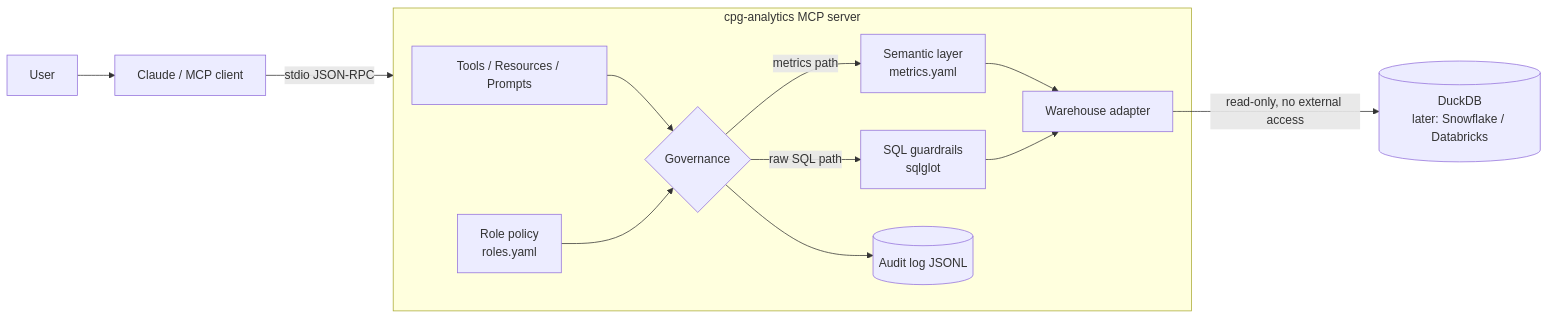
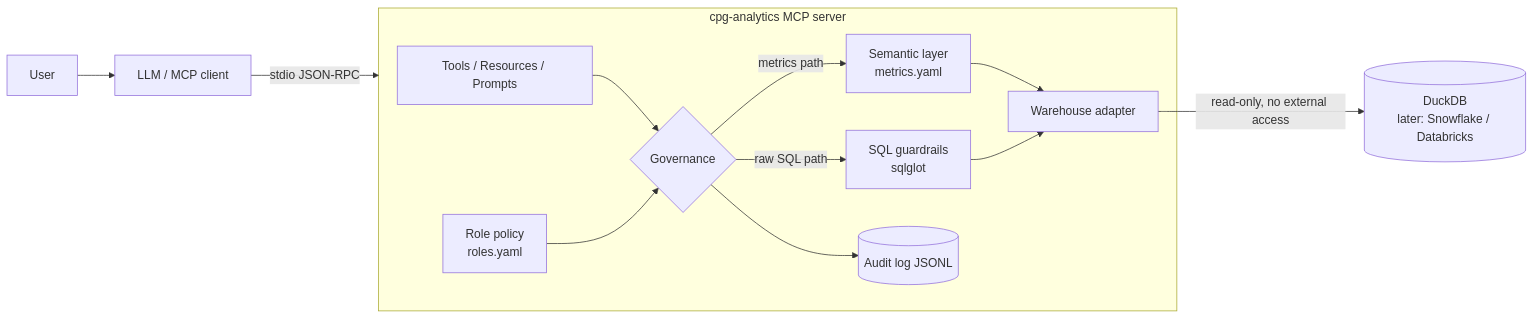
Before and after one commit to sachingill/cpg-analytics-mcp: the diagram in docs/architecture.md, drawn with Mermaid. The commit also changed 3 other files, not shown here.

Commit message:
docs: use vendor-neutral 'LLM' wording instead of Claude

````diff
--- a/docs/architecture.md
+++ b/docs/architecture.md
@@ -3,15 +3,15 @@
 ```mermaid
 flowchart LR
-    U[User] --> C[Claude / MCP client]
+    U[User] --> C[LLM / MCP client]
     C -- stdio JSON-RPC --> S[MCPServer: cpg-analytics]
     subgraph S[cpg-analytics MCP server]
         T[Tools / Resources / Prompts] --> G{Governance}
         G -- metrics path --> SL[Semantic layer<br/>metrics.yaml]
         G -- raw SQL path --> GR[SQL guardrails<br/>sqlglot]
         SL --> W[Warehouse adapter]
         GR --> W
         G --> A[(Audit log JSONL)]
         P[Role policy<br/>roles.yaml] --> G
     end
     W -- read-only, no external access --> D[(DuckDB<br/>later: Snowflake / Databricks)]
 ```
````
